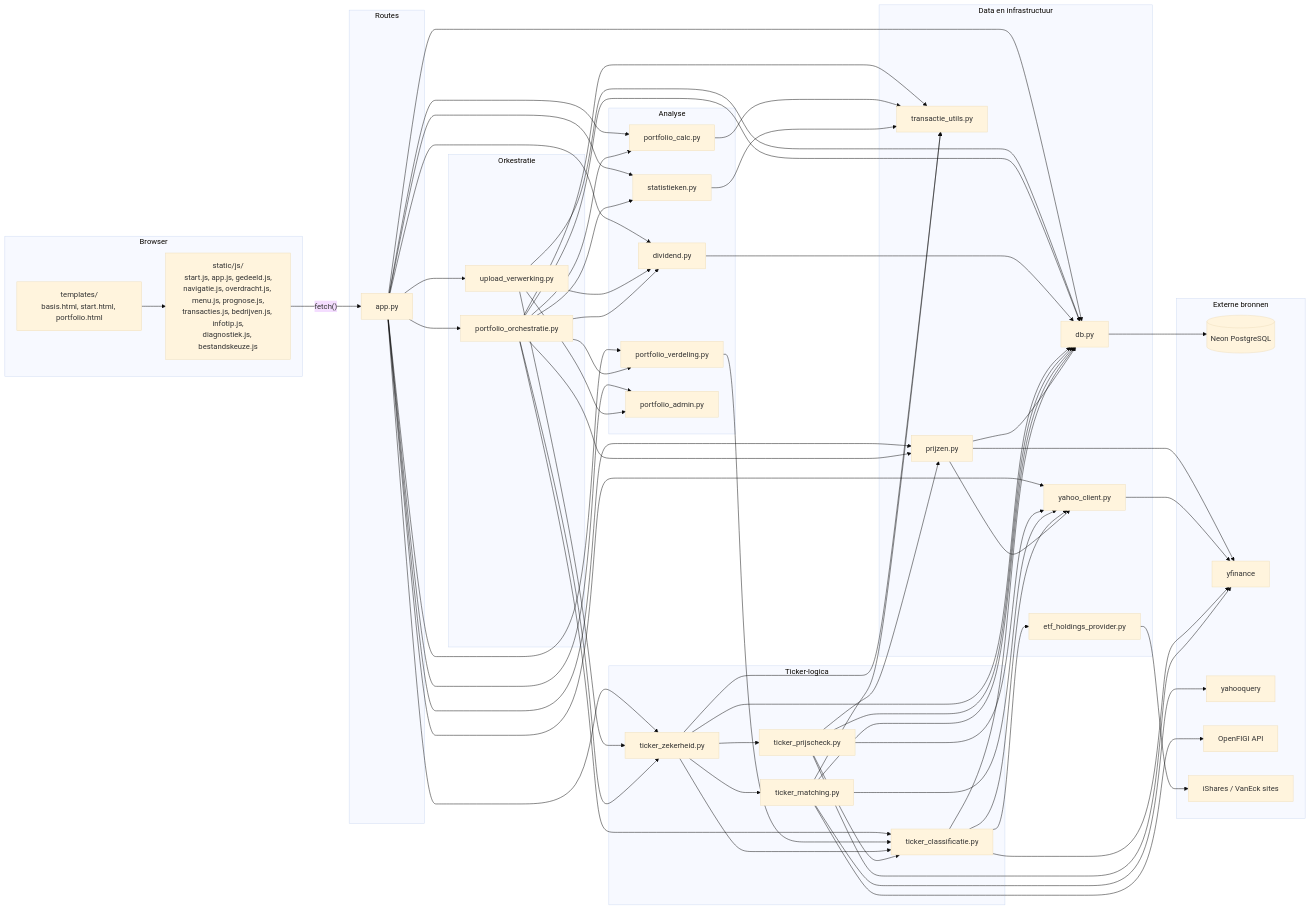
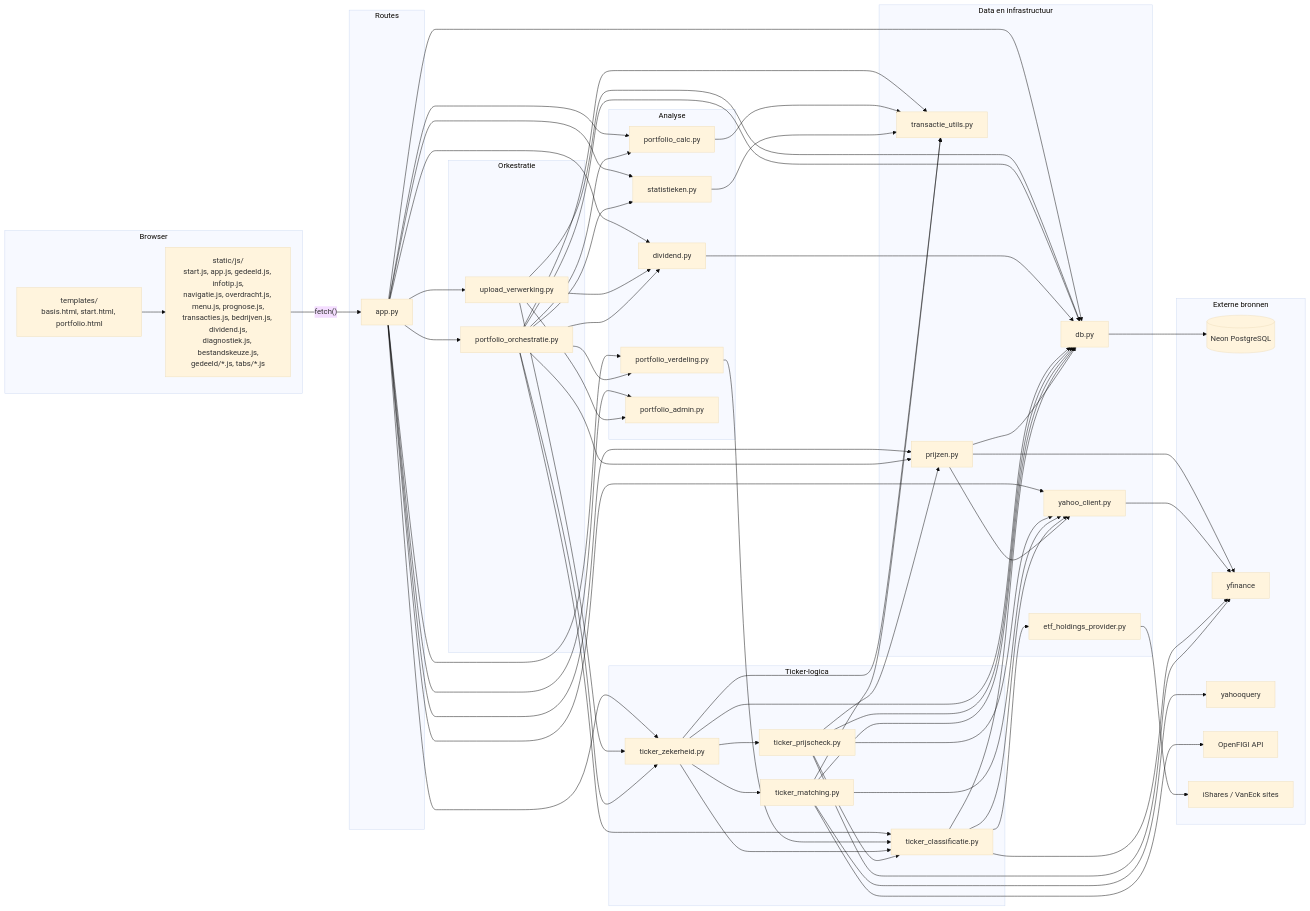
One commit to lobkest/portfolioTracker changed the first of 2 diagrams in docs/CODE_OVERZICHT.md. Above: the diagram before and after it, drawn with Mermaid (base theme). The commit also changed other lines of this file and 36 other files, not shown here.

```diff
--- a/docs/CODE_OVERZICHT.md
+++ b/docs/CODE_OVERZICHT.md
@@ -62,7 +62,7 @@
 flowchart LR
     subgraph FE["Browser"]
         HTML["templates/<br/>basis.html, start.html, portfolio.html"]
-        JS["static/js/<br/>start.js, app.js, gedeeld.js,<br/>navigatie.js, overdracht.js, menu.js, prognose.js,<br/>transacties.js, bedrijven.js, infotip.js,<br/>diagnostiek.js, bestandskeuze.js"]
+        JS["static/js/<br/>start.js, app.js, gedeeld.js, infotip.js,<br/>navigatie.js, overdracht.js, menu.js, prognose.js,<br/>transacties.js, bedrijven.js, dividend.js,<br/>diagnostiek.js, bestandskeuze.js,<br/>gedeeld/*.js, tabs/*.js"]
     end
 
     subgraph ROUTES["Routes"]
```
